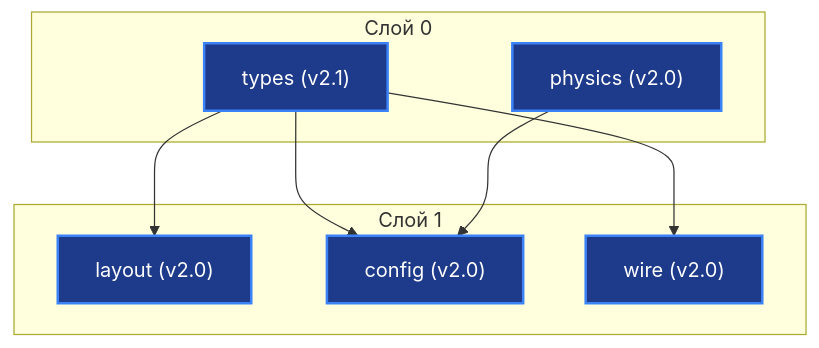
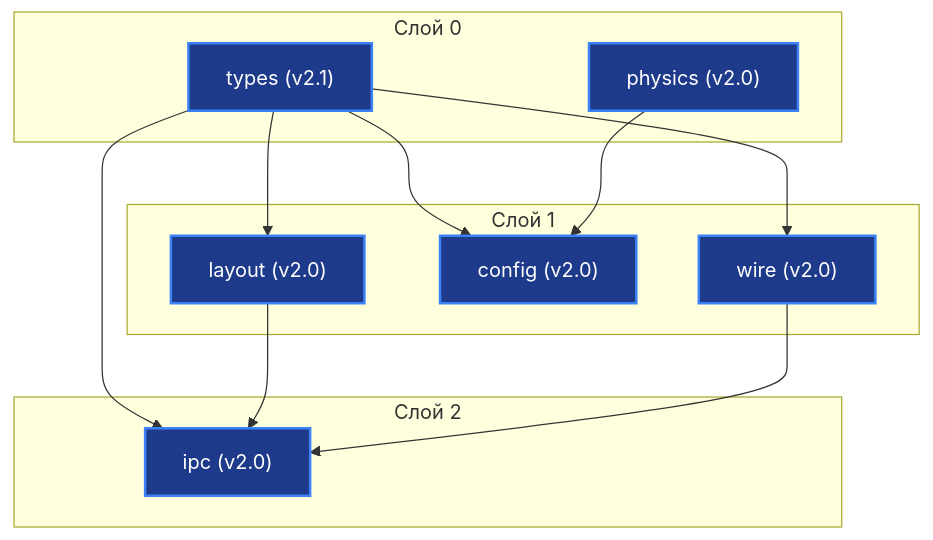
Before and after one commit to H4V1K-dev/axicor_enterprise: the diagram in docs/engine/INDEX.md, drawn with Mermaid. The commit also changed other lines of this file and 1 other file, not shown here.

Commit message:
docs: add IPC specification and project index files

````diff
--- a/docs/engine/INDEX.md
+++ b/docs/engine/INDEX.md
@@ -9,20 +9,26 @@
 ```mermaid
 graph TD
     subgraph L0["Слой 0"]
         types["types (v2.1)"]
         physics["physics (v2.0)"]
     end
     subgraph L1["Слой 1"]
         layout["layout (v2.0)"]
         config["config (v2.0)"]
         wire["wire (v2.0)"]
     end
+    subgraph L2["Слой 2"]
+        ipc["ipc (v2.0)"]
+    end
 
     types --> layout
     types --> config
     types --> wire
+    types --> ipc
     physics --> config
+    layout --> ipc
+    wire --> ipc
 
     classDef active fill:#1e3a8a,stroke:#3b82f6,stroke-width:2px,color:#fff;
-    class types,physics,layout,config,wire active;
+    class types,physics,layout,config,wire,ipc active;
 ```
````
